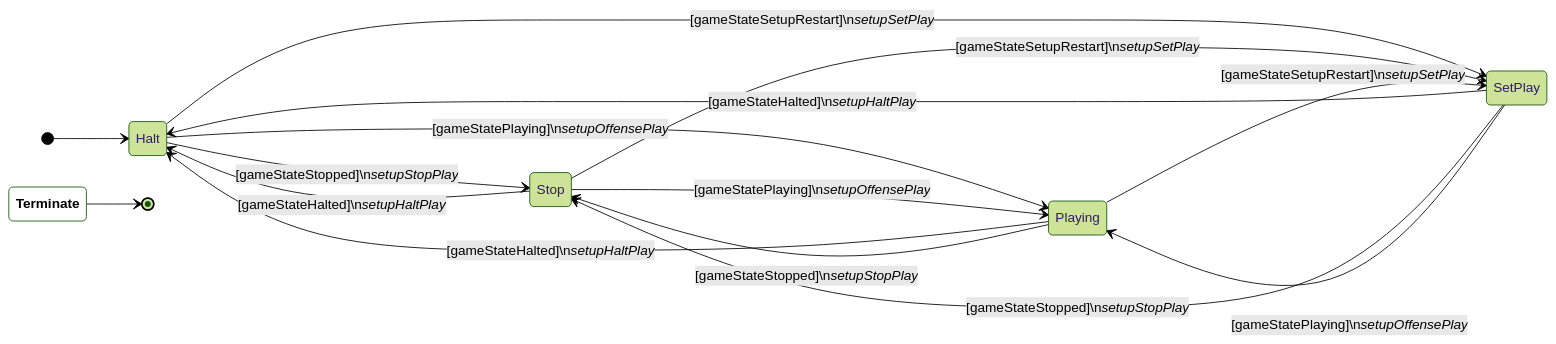
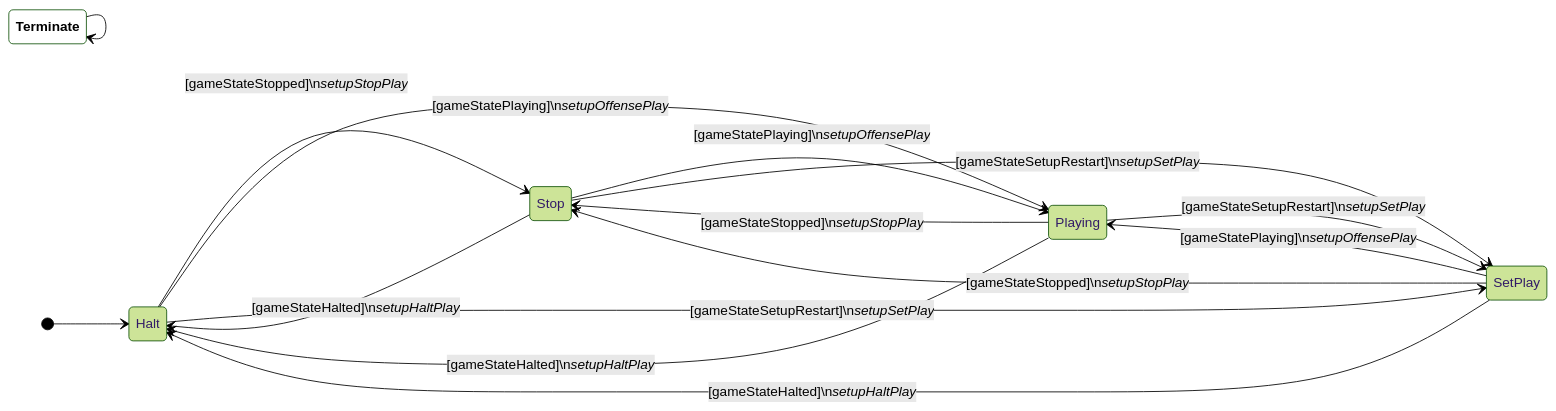
Before and after one commit to UBC-Thunderbots/Software: the first of 16 diagrams in docs/fsm-diagrams.md, drawn with Mermaid (forest theme). The commit also changed other lines of this file and 1 other file, not shown here.

Commit message:
Combine end and terminate state

````diff
--- a/docs/fsm-diagrams.md
+++ b/docs/fsm-diagrams.md
@@ -5,21 +5,21 @@
 ```mermaid
 
 stateDiagram-v2
 classDef terminate fill:white,color:black,font-weight:bold
 direction LR
 [*] --> Halt
 Halt --> Stop : [gameStateStopped]\n<i>setupStopPlay</i>
 Halt --> Playing : [gameStatePlaying]\n<i>setupOffensePlay</i>
 Halt --> SetPlay : [gameStateSetupRestart]\n<i>setupSetPlay</i>
 Stop --> Halt : [gameStateHalted]\n<i>setupHaltPlay</i>
 Stop --> Playing : [gameStatePlaying]\n<i>setupOffensePlay</i>
 Stop --> SetPlay : [gameStateSetupRestart]\n<i>setupSetPlay</i>
 Playing --> Halt : [gameStateHalted]\n<i>setupHaltPlay</i>
 Playing --> Stop : [gameStateStopped]\n<i>setupStopPlay</i>
 Playing --> SetPlay : [gameStateSetupRestart]\n<i>setupSetPlay</i>
 SetPlay --> Halt : [gameStateHalted]\n<i>setupHaltPlay</i>
 SetPlay --> Stop : [gameStateStopped]\n<i>setupStopPlay</i>
 SetPlay --> Playing : [gameStatePlaying]\n<i>setupOffensePlay</i>
-Terminate:::terminate --> [*]
+Terminate:::terminate --> Terminate:::terminate
 
 ```
````
